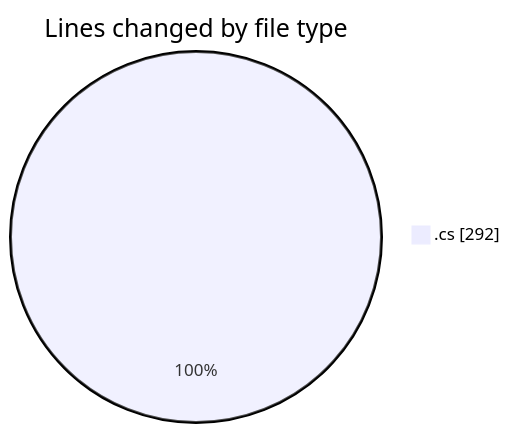
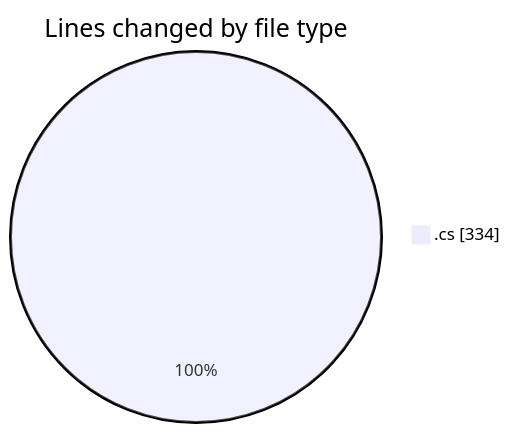
One commit to Netris89/code-tracking changed the first of 2 diagrams in 2025-04-27/back-end/README.md. Above: the diagram before and after it, drawn with Mermaid. The commit also changed other lines of this file and 1 other file, not shown here.

````diff
--- a/2025-04-27/back-end/README.md
+++ b/2025-04-27/back-end/README.md
@@ -21,5 +21,5 @@
 ```mermaid
 pie showData
 title Lines changed by file type
-".cs" : 292
+".cs" : 334
 ```
````
